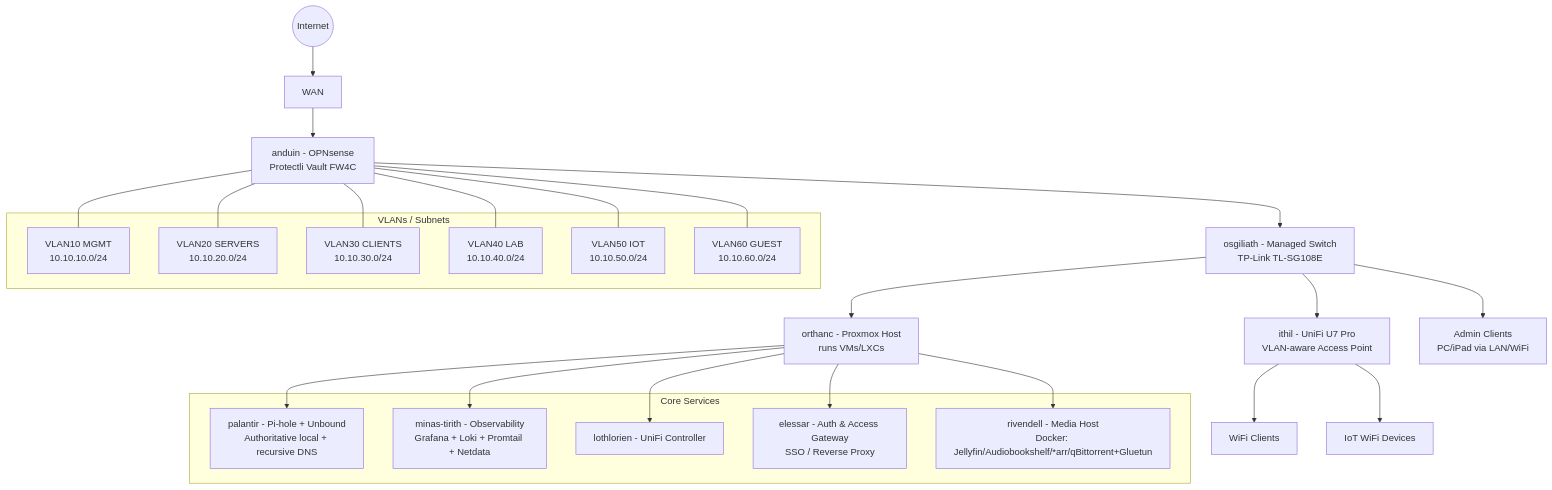
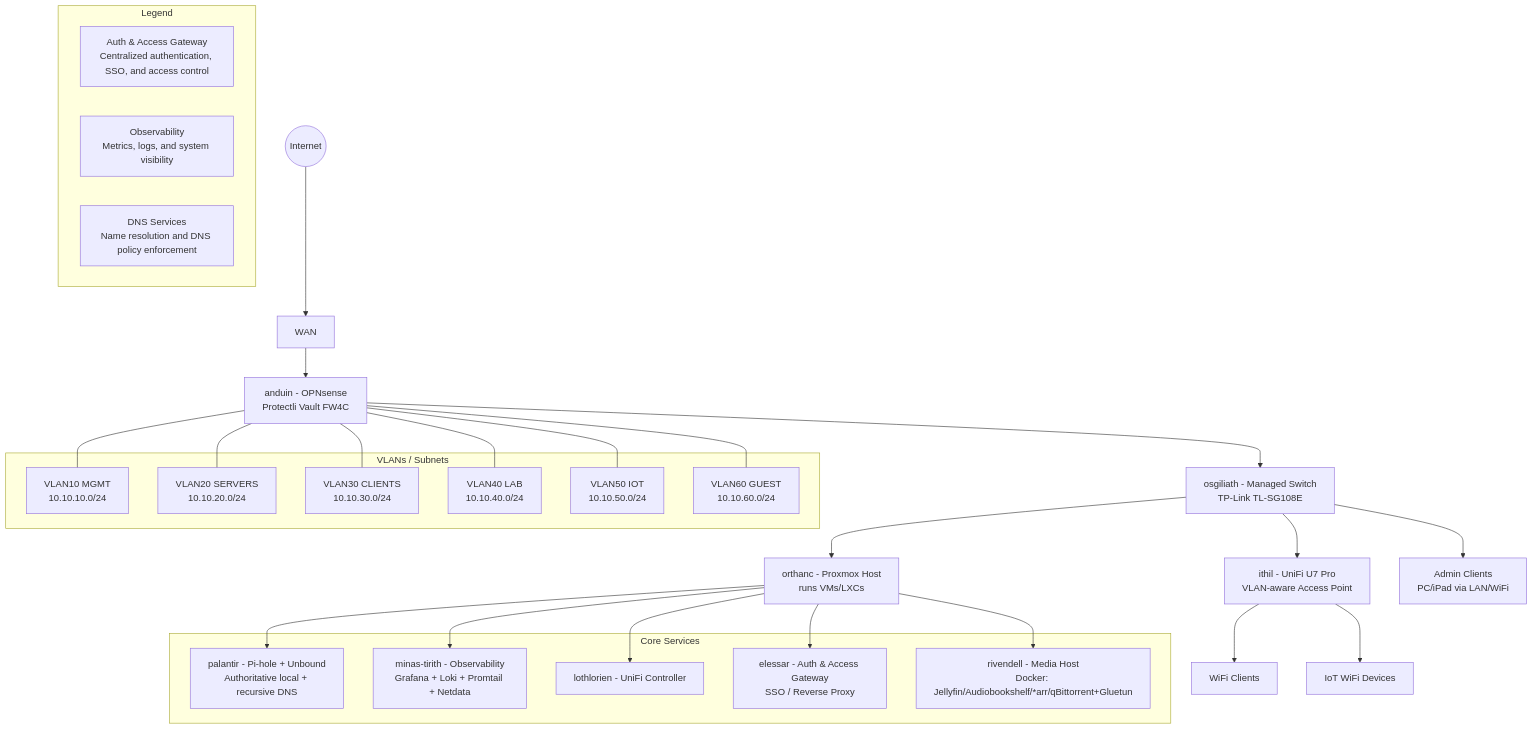
The diagram in diagrams/network.mmd (APMurtha/homelab-operations), drawn with Mermaid before and after one commit. The commit also changed 1 other file, not shown here.

Commit message:
diagrams: add legend explaining core service roles

```diff
--- a/diagrams/network.mmd
+++ b/diagrams/network.mmd
@@ -1,41 +1,48 @@
 flowchart TB
   internet((Internet)) --> wan[WAN]
   wan --> opn[anduin - OPNsense<br/>Protectli Vault FW4C]
 
   opn --> sw[osgiliath - Managed Switch<br/>TP-Link TL-SG108E]
   sw --> ap[ithil - UniFi U7 Pro<br/>VLAN-aware Access Point]
 
   subgraph vlans["VLANs / Subnets"]
     v10["VLAN10 MGMT<br/>10.10.10.0/24"]
     v20["VLAN20 SERVERS<br/>10.10.20.0/24"]
     v30["VLAN30 CLIENTS<br/>10.10.30.0/24"]
     v40["VLAN40 LAB<br/>10.10.40.0/24"]
     v50["VLAN50 IOT<br/>10.10.50.0/24"]
     v60["VLAN60 GUEST<br/>10.10.60.0/24"]
   end
 
   opn --- v10
   opn --- v20
   opn --- v30
   opn --- v40
   opn --- v50
   opn --- v60
 
   sw --> pve[orthanc - Proxmox Host<br/>runs VMs/LXCs]
   sw --> adminpc[Admin Clients<br/>PC/iPad via LAN/WiFi]
   ap --> wifi_clients[WiFi Clients]
   ap --> wifi_iot[IoT WiFi Devices]
 
   subgraph services["Core Services"]
     dns[palantir - Pi-hole + Unbound<br/>Authoritative local + recursive DNS]
     obs[minas-tirith - Observability<br/>Grafana + Loki + Promtail + Netdata]
     unifi[lothlorien - UniFi Controller]
     auth[elessar - Auth & Access Gateway<br/>SSO / Reverse Proxy]
     media[rivendell - Media Host<br/>Docker: Jellyfin/Audiobookshelf/*arr/qBittorrent+Gluetun]
   end
 
   pve --> dns
   pve --> obs
   pve --> unifi
   pve --> auth
   pve --> media
+
+  %% Legend
+  subgraph legend["Legend"]
+    lg_auth[Auth & Access Gateway<br/>Centralized authentication, SSO, and access control]
+    lg_obs[Observability<br/>Metrics, logs, and system visibility]
+    lg_dns[DNS Services<br/>Name resolution and DNS policy enforcement]
+  end
```
